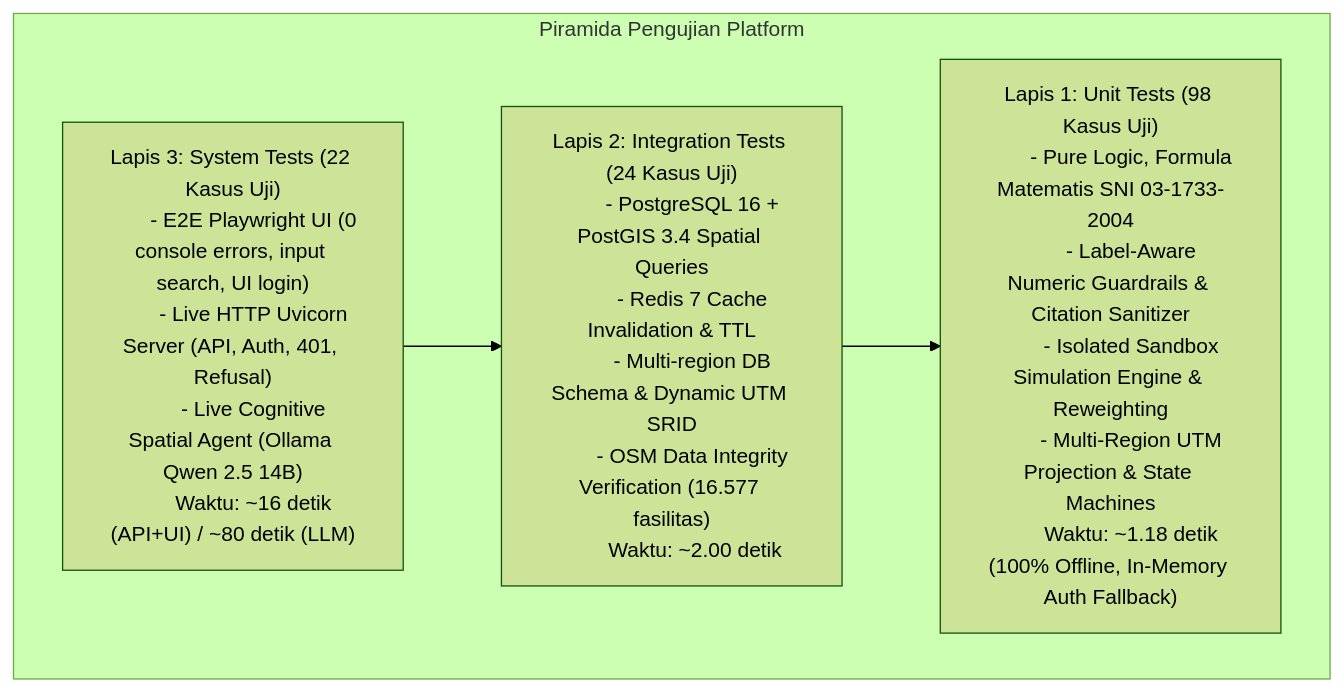
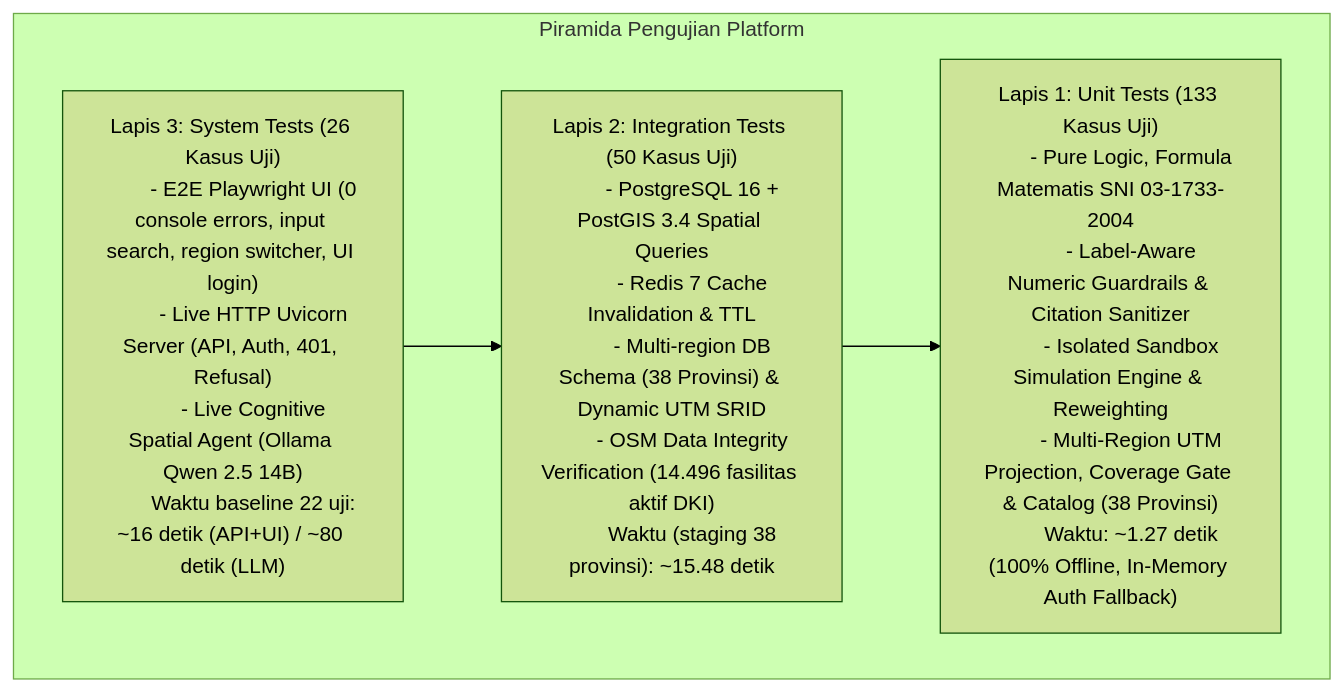
The diagram in docs/TESTING.md (Naputriz/District-Resource-Profiling), drawn with Mermaid (forest theme) before and after one commit. The commit also changed other lines of this file and 16 other files, not shown here.

````diff
--- a/docs/TESTING.md
+++ b/docs/TESTING.md
@@ -12,27 +12,27 @@
 ```mermaid
 flowchart TD
     subgraph Pyramid ["Piramida Pengujian Platform"]
-        SYS["Lapis 3: System Tests (22 Kasus Uji)
-        - E2E Playwright UI (0 console errors, input search, UI login)
+        SYS["Lapis 3: System Tests (26 Kasus Uji)
+        - E2E Playwright UI (0 console errors, input search, region switcher, UI login)
         - Live HTTP Uvicorn Server (API, Auth, 401, Refusal)
         - Live Cognitive Spatial Agent (Ollama Qwen 2.5 14B)
-        Waktu: ~16 detik (API+UI) / ~80 detik (LLM)"]
+        Waktu baseline 22 uji: ~16 detik (API+UI) / ~80 detik (LLM)"]
         
-        INT["Lapis 2: Integration Tests (24 Kasus Uji)
+        INT["Lapis 2: Integration Tests (50 Kasus Uji)
         - PostgreSQL 16 + PostGIS 3.4 Spatial Queries
         - Redis 7 Cache Invalidation & TTL
-        - Multi-region DB Schema & Dynamic UTM SRID
-        - OSM Data Integrity Verification (16.577 fasilitas)
-        Waktu: ~2.00 detik"]
+        - Multi-region DB Schema (38 Provinsi) & Dynamic UTM SRID
+        - OSM Data Integrity Verification (14.496 fasilitas aktif DKI)
+        Waktu (staging 38 provinsi): ~15.48 detik"]
         
-        UNIT["Lapis 1: Unit Tests (98 Kasus Uji)
+        UNIT["Lapis 1: Unit Tests (133 Kasus Uji)
         - Pure Logic, Formula Matematis SNI 03-1733-2004
         - Label-Aware Numeric Guardrails & Citation Sanitizer
         - Isolated Sandbox Simulation Engine & Reweighting
-        - Multi-Region UTM Projection & State Machines
-        Waktu: ~1.18 detik (100% Offline, In-Memory Auth Fallback)"]
+        - Multi-Region UTM Projection, Coverage Gate & Catalog (38 Provinsi)
+        Waktu: ~1.27 detik (100% Offline, In-Memory Auth Fallback)"]
     end
 
     SYS --> INT
     INT --> UNIT
 ```
````
